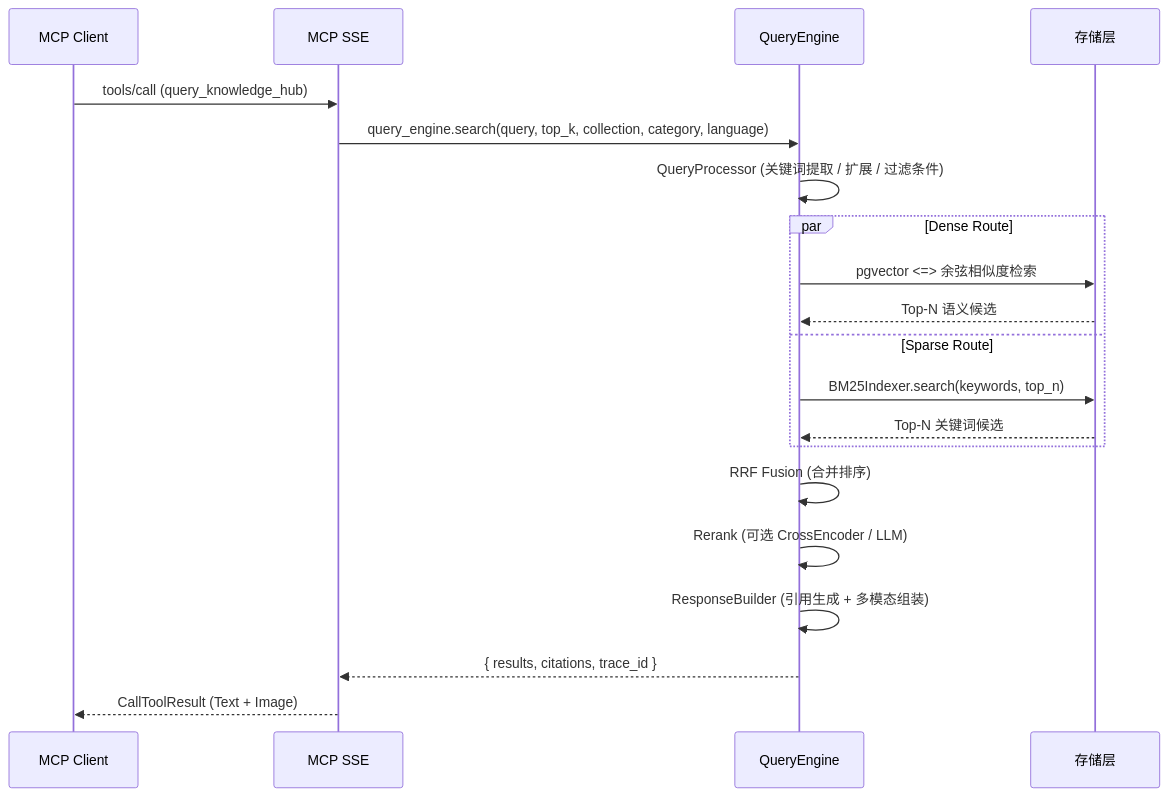
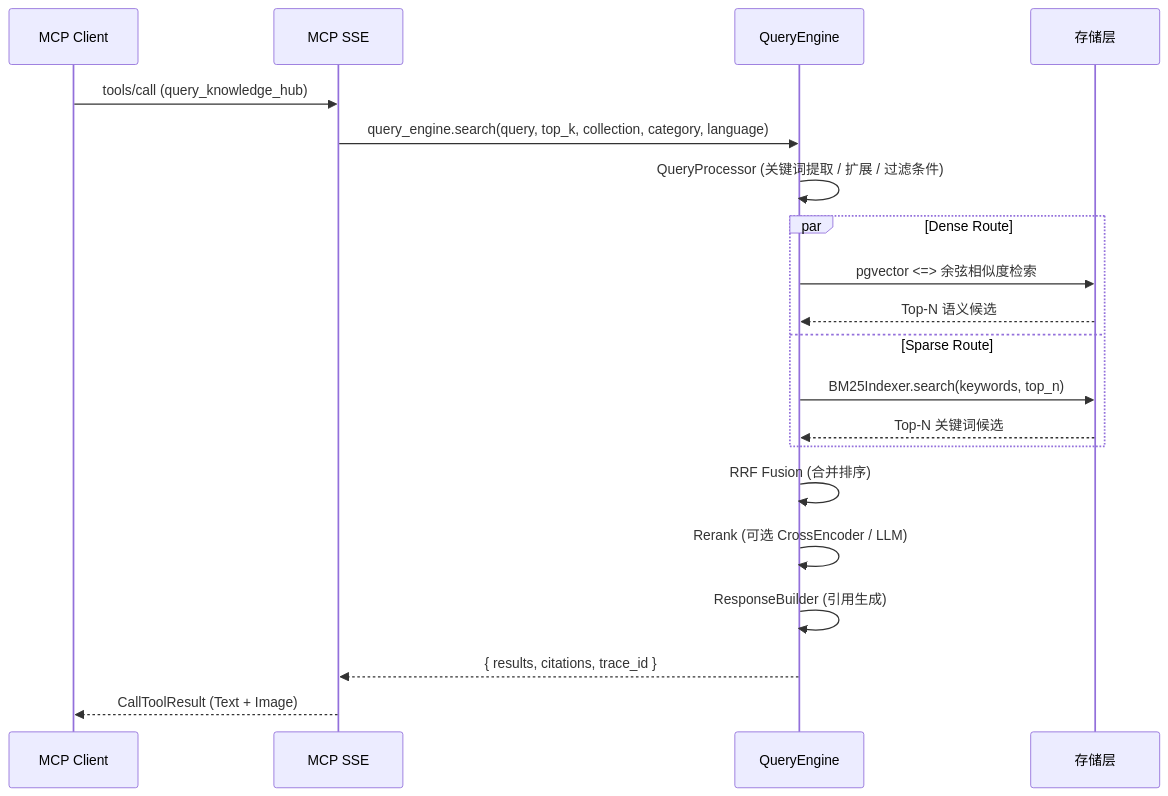
One commit to vic-ai-dev/knowledge-service changed diagram 12 of 13 in DEV_SPEC.md. Above: the diagram before and after it, drawn with Mermaid. The commit also changed other lines of this file and 89 other files, not shown here.

````diff
--- a/DEV_SPEC.md
+++ b/DEV_SPEC.md
@@ -1168,24 +1418,24 @@
 ```mermaid
 sequenceDiagram
     participant Client as MCP Client
     participant MCP as MCP SSE
     participant QE as QueryEngine
     participant Store as 存储层
 
     Client->>MCP: tools/call (query_knowledge_hub)
     MCP->>QE: query_engine.search(query, top_k, collection, category, language)
 
     QE->>QE: QueryProcessor (关键词提取 / 扩展 / 过滤条件)
     par Dense Route
         QE->>Store: pgvector <=> 余弦相似度检索
         Store-->>QE: Top-N 语义候选
     and Sparse Route
         QE->>Store: BM25Indexer.search(keywords, top_n)
         Store-->>QE: Top-N 关键词候选
     end
     QE->>QE: RRF Fusion (合并排序)
     QE->>QE: Rerank (可选 CrossEncoder / LLM)
-    QE->>QE: ResponseBuilder (引用生成 + 多模态组装)
+    QE->>QE: ResponseBuilder (引用生成)
     QE-->>MCP: { results, citations, trace_id }
     MCP-->>Client: CallToolResult (Text + Image)
 ```
````
